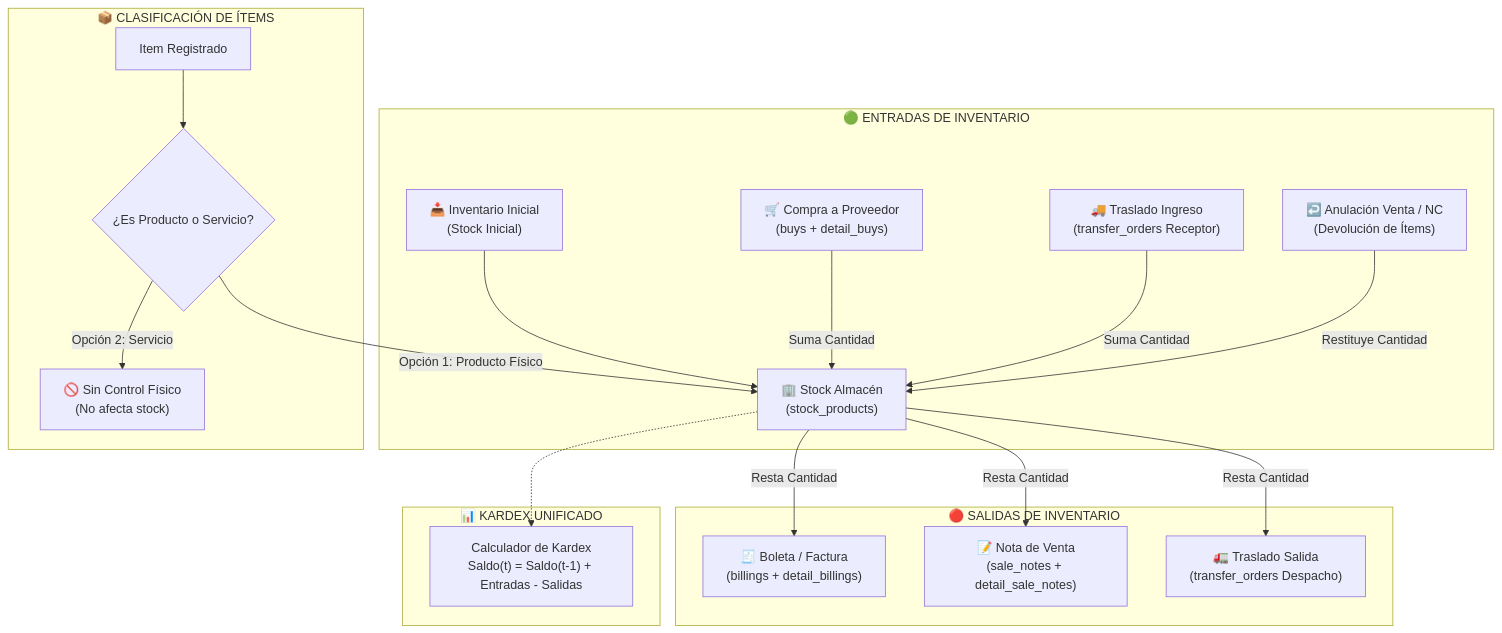
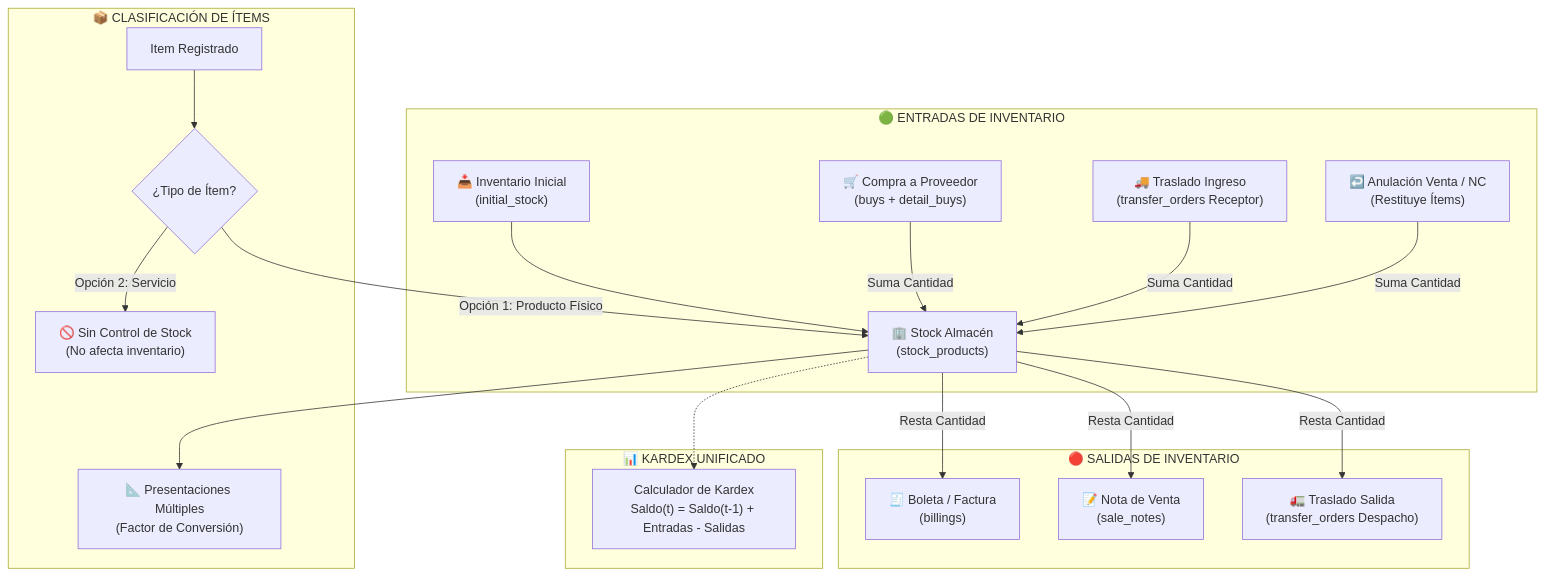
The first of 6 diagrams in README.md (gercova/shipibo-erp-facturacion), drawn with Mermaid before and after one commit. The commit also changed other lines of this file and 2 other files, not shown here.

````diff
--- a/README.md
+++ b/README.md
@@ -215,25 +229,26 @@
 ```mermaid
 flowchart TD
     subgraph ENTRADAS ["🟢 ENTRADAS DE INVENTARIO"]
-        E1["📥 Inventario Inicial<br>(Stock Inicial)"] --> SP["🏢 Stock Almacén<br>(stock_products)"]
+        E1["📥 Inventario Inicial<br>(initial_stock)"] --> SP["🏢 Stock Almacén<br>(stock_products)"]
         E2["🛒 Compra a Proveedor<br>(buys + detail_buys)"] -->|Suma Cantidad| SP
         E3["🚚 Traslado Ingreso<br>(transfer_orders Receptor)"] -->|Suma Cantidad| SP
-        E4["↩️ Anulación Venta / NC<br>(Devolución de Ítems)"] -->|Restituye Cantidad| SP
+        E4["↩️ Anulación Venta / NC<br>(Restituye Ítems)"] -->|Suma Cantidad| SP
     end
 
     subgraph CATALOGO ["📦 CLASIFICACIÓN DE ÍTEMS"]
-        P["Item Registrado"] --> C{¿Es Producto o Servicio?}
+        P["Item Registrado"] --> C{¿Tipo de Ítem?}
         C -->|Opción 1: Producto Físico| SP
-        C -->|Opción 2: Servicio| NS["🚫 Sin Control Físico<br>(No afecta stock)"]
+        C -->|Opción 2: Servicio| NS["🚫 Sin Control de Stock<br>(No afecta inventario)"]
+        SP --> PRES["📐 Presentaciones Múltiples<br>(Factor de Conversión)"]
     end
 
     subgraph SALIDAS ["🔴 SALIDAS DE INVENTARIO"]
-        SP -->|Resta Cantidad| S1["🧾 Boleta / Factura<br>(billings + detail_billings)"]
-        SP -->|Resta Cantidad| S2["📝 Nota de Venta<br>(sale_notes + detail_sale_notes)"]
+        SP -->|Resta Cantidad| S1["🧾 Boleta / Factura<br>(billings)"]
+        SP -->|Resta Cantidad| S2["📝 Nota de Venta<br>(sale_notes)"]
         SP -->|Resta Cantidad| S3["🚛 Traslado Salida<br>(transfer_orders Despacho)"]
     end
 
     subgraph LEDGER ["📊 KARDEX UNIFICADO"]
         SP -.-> K["Calculador de Kardex<br>Saldo(t) = Saldo(t-1) + Entradas - Salidas"]
     end
 ```
````
